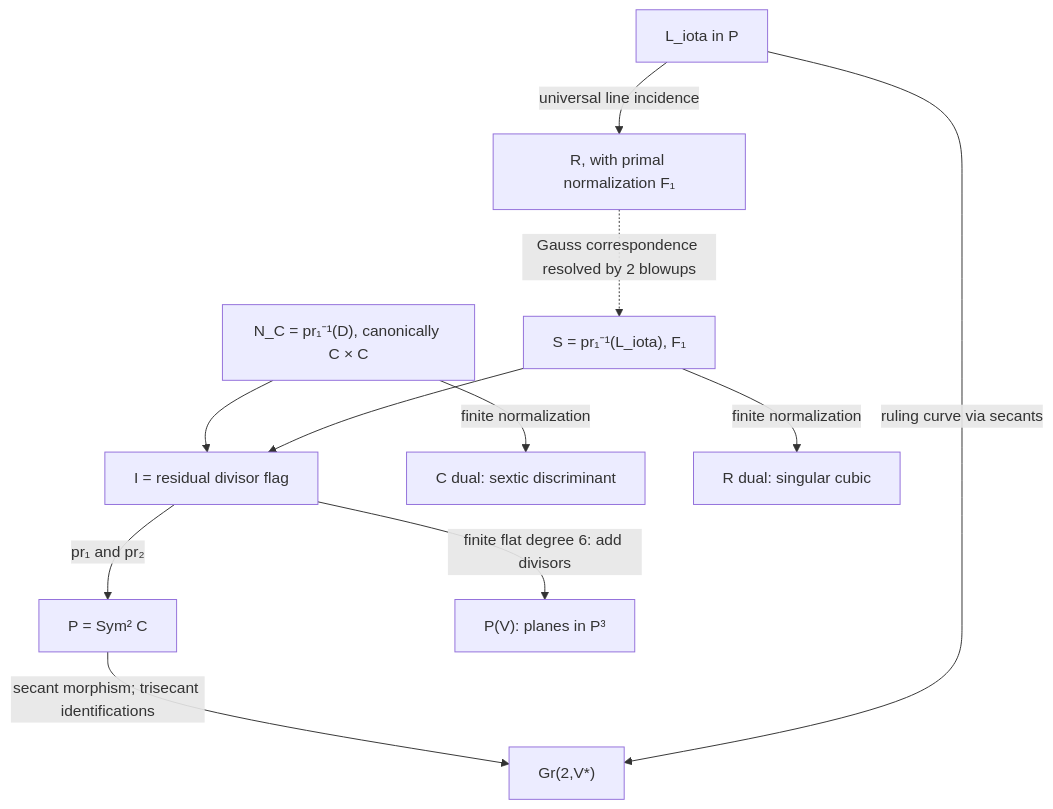
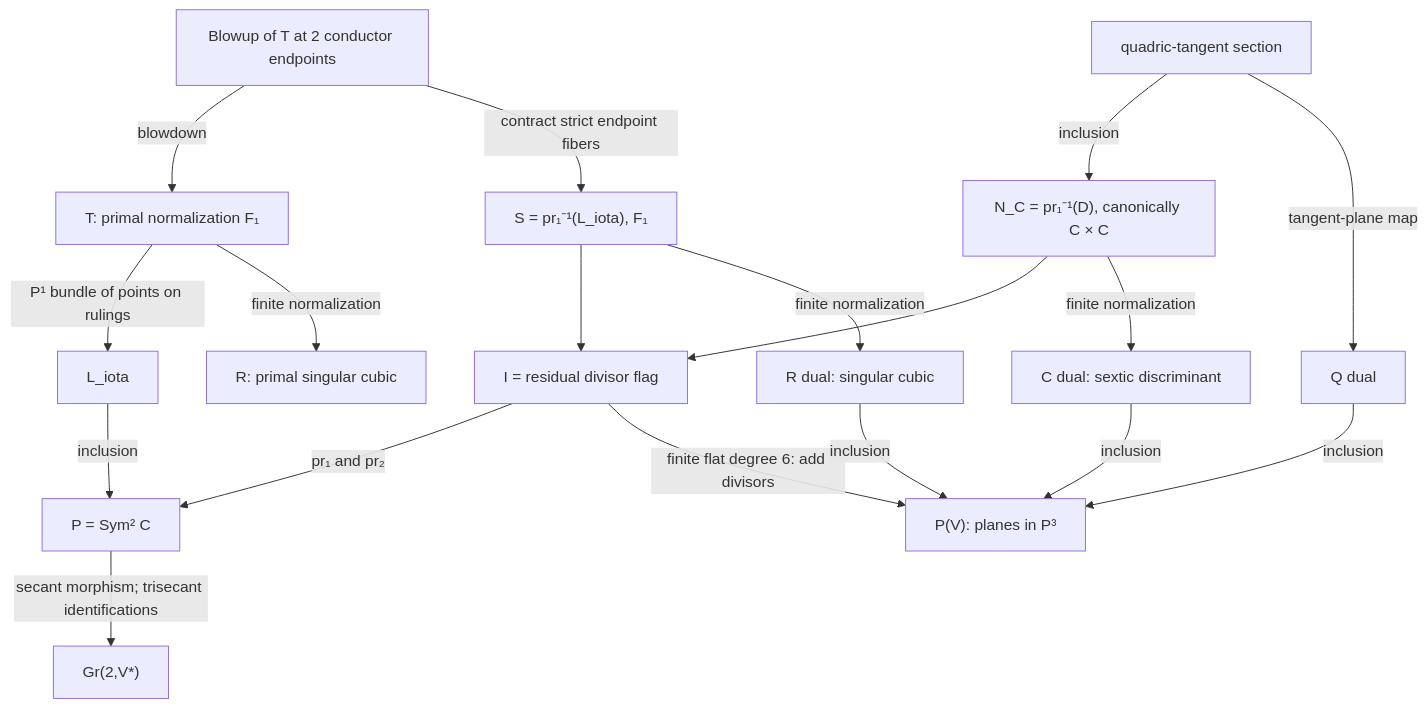
Before and after one commit to markluxton1/STCI: the diagram in research/notes/2026-10-24-quartic-flag-duality-synthesis.md, drawn with Mermaid. The commit also changed other lines of this file and 6 other files, not shown here.

Commit message:
Complete quartic flag and duality synthesis with audited incidence diagram

````diff
--- a/research/notes/2026-10-24-quartic-flag-duality-synthesis.md
+++ b/research/notes/2026-10-24-quartic-flag-duality-synthesis.md
@@ -249,13 +254,20 @@
 ```mermaid
 flowchart TB
   N["N_C = pr₁⁻¹(D), canonically C × C"] --> I["I = residual divisor flag"]
   S["S = pr₁⁻¹(L_iota), F₁"] --> I
   I -->|"pr₁ and pr₂"| P["P = Sym² C"]
   I -->|"finite flat degree 6: add divisors"| V["P(V): planes in P³"]
   N -->|"finite normalization"| CD["C dual: sextic discriminant"]
   S -->|"finite normalization"| RD["R dual: singular cubic"]
+  CD -->|"inclusion"| V
+  RD -->|"inclusion"| V
   P -->|"secant morphism; trisecant identifications"| G["Gr(2,V*)"]
-  L["L_iota in P"] -->|"ruling curve via secants"| G
-  L -->|"universal line incidence"| R["R, with primal normalization F₁"]
-  R -.->|"Gauss correspondence resolved by 2 blowups"| S
+  L["L_iota"] -->|"inclusion"| P
+  T["T: primal normalization F₁"] -->|"P¹ bundle of points on rulings"| L
+  T -->|"finite normalization"| R["R: primal singular cubic"]
+  B["Blowup of T at 2 conductor endpoints"] -->|"blowdown"| T
+  B -->|"contract strict endpoint fibers"| S
+  QS["quadric-tangent section"] -->|"inclusion"| N
+  QS -->|"tangent-plane map"| QD["Q dual"]
+  QD -->|"inclusion"| V
 ```
````
